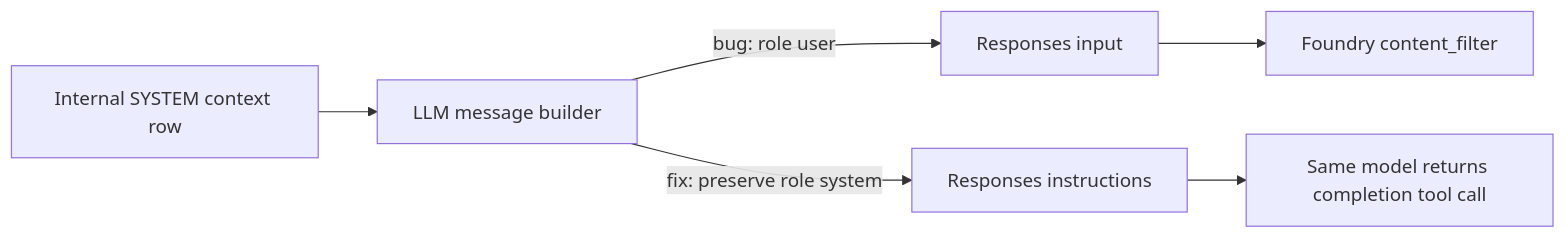
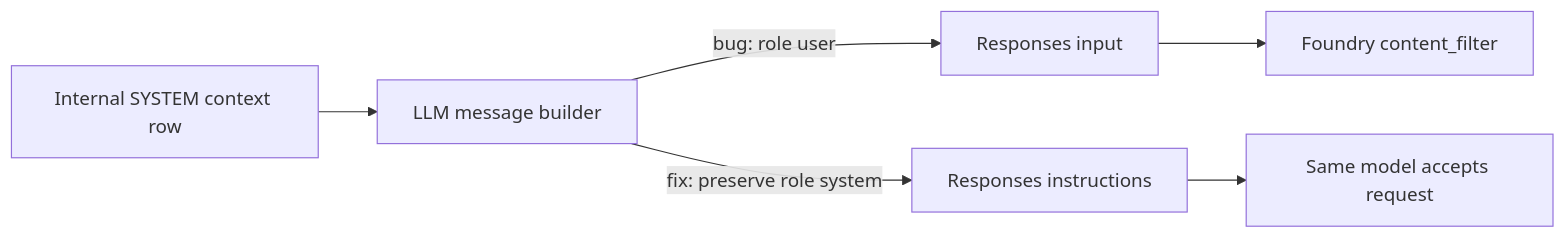
The diagram in docs/rca/cases/2026-11-16-system-authority-downgrade-triggered-explore-content-filter.md (andyprevalsky/agent-06b3f019), drawn with Mermaid before and after one commit. The commit also changed other lines of this file and 4 other files, not shown here.

````diff
--- a/docs/rca/cases/2026-11-16-system-authority-downgrade-triggered-explore-content-filter.md
+++ b/docs/rca/cases/2026-11-16-system-authority-downgrade-triggered-explore-content-filter.md
@@ -58,8 +58,8 @@
 ```mermaid
 flowchart LR
   A[Internal SYSTEM context row] --> B[LLM message builder]
   B -->|bug: role user| C[Responses input]
   C --> D[Foundry content_filter]
   B -->|fix: preserve role system| E[Responses instructions]
-  E --> F[Same model returns completion tool call]
+  E --> F[Same model accepts request]
 ```
````
